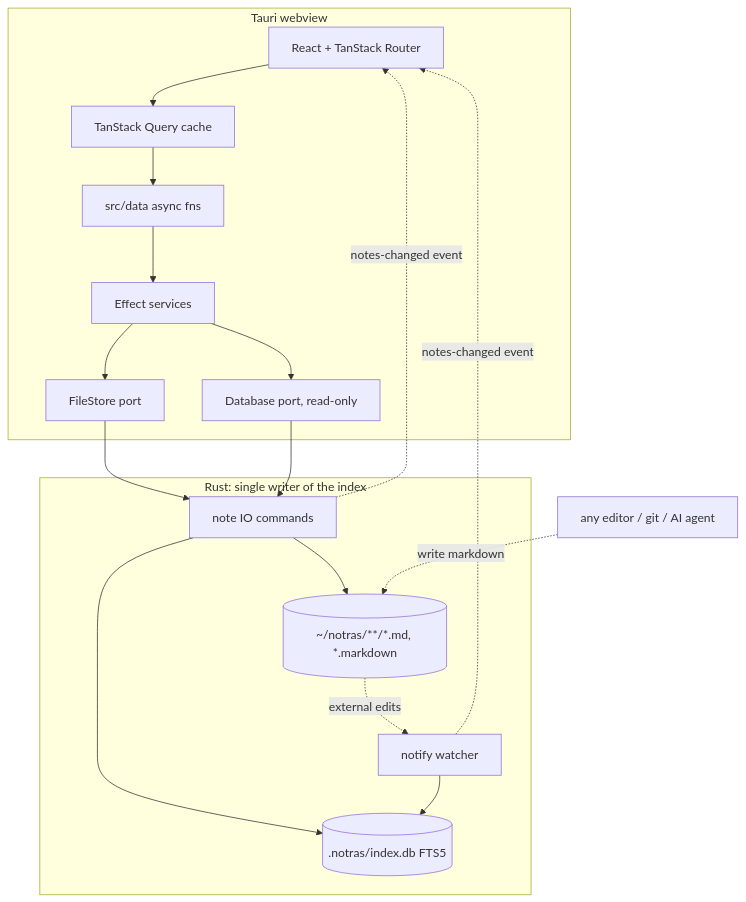
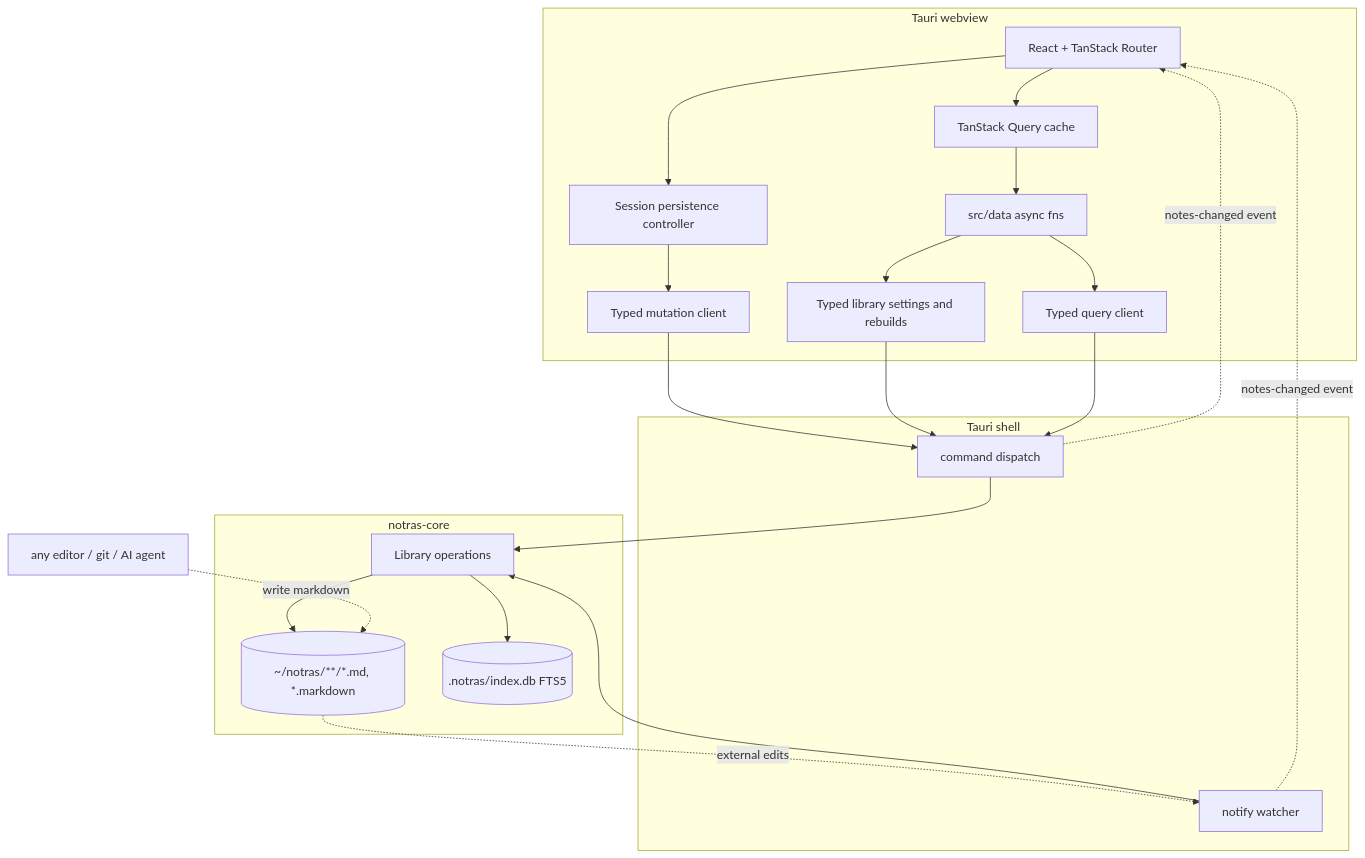
Before and after one commit to jimmy-guzman/notras: the diagram in ARCHITECTURE.md, drawn with Mermaid. The commit also changed other lines of this file and 153 other files, not shown here.

````diff
--- a/ARCHITECTURE.md
+++ b/ARCHITECTURE.md
@@ -24,23 +24,32 @@
 ```mermaid
 flowchart TD
     subgraph webview [Tauri webview]
         UI[React + TanStack Router] --> Query[TanStack Query cache]
+        UI --> Persistence[Session persistence controller]
+        Persistence --> Mutations[Typed mutation client]
         Query --> Data[src/data async fns]
-        Data --> Services[Effect services]
-        Services --> FileStore[FileStore port]
-        Services --> Index[Database port, read-only]
+        Data --> Reads[Typed query client]
+        Data --> Library[Typed library settings and rebuilds]
     end
 
-    subgraph rust [Rust: single writer of the index]
-        Commands[note IO commands] --> Files[(~/notras/**/*.md, *.markdown)]
-        Commands --> IndexDb[(.notras/index.db FTS5)]
-        Watcher[notify watcher] --> IndexDb
-        Files -.external edits.-> Watcher
+    subgraph shell [Tauri shell]
+        Commands[command dispatch]
+        Watcher[notify watcher]
     end
 
-    FileStore --> Commands
-    Index --> Commands
+    subgraph engine [notras-core]
+        Operations[Library operations] --> Files[(~/notras/**/*.md, *.markdown)]
+        Operations --> IndexDb[(.notras/index.db FTS5)]
+    end
+
+    Commands --> Operations
+    Watcher --> Operations
+    Files -.external edits.-> Watcher
+
+    Mutations --> Commands
+    Library --> Commands
+    Reads --> Commands
     Agents[any editor / git / AI agent] -.write markdown.-> Files
     Commands -. notes-changed event .-> UI
     Watcher -. notes-changed event .-> UI
 ```
````
